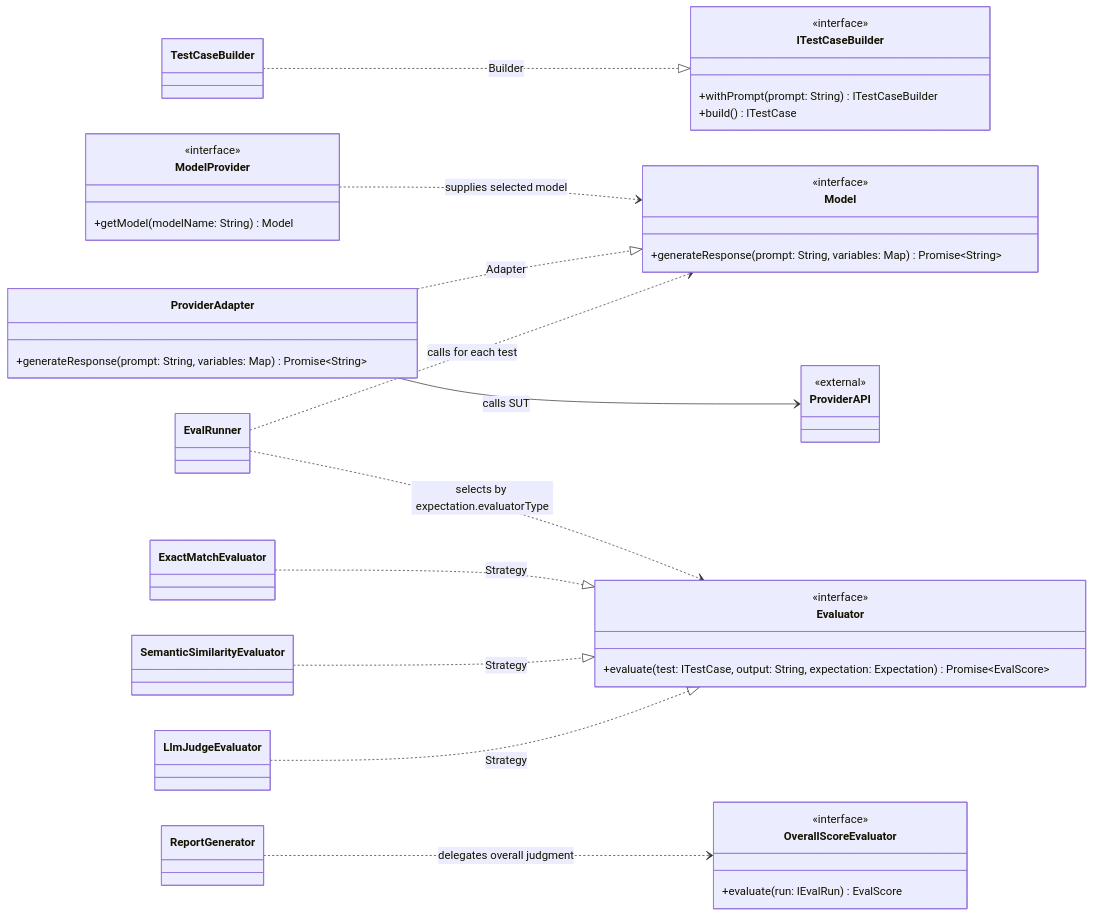
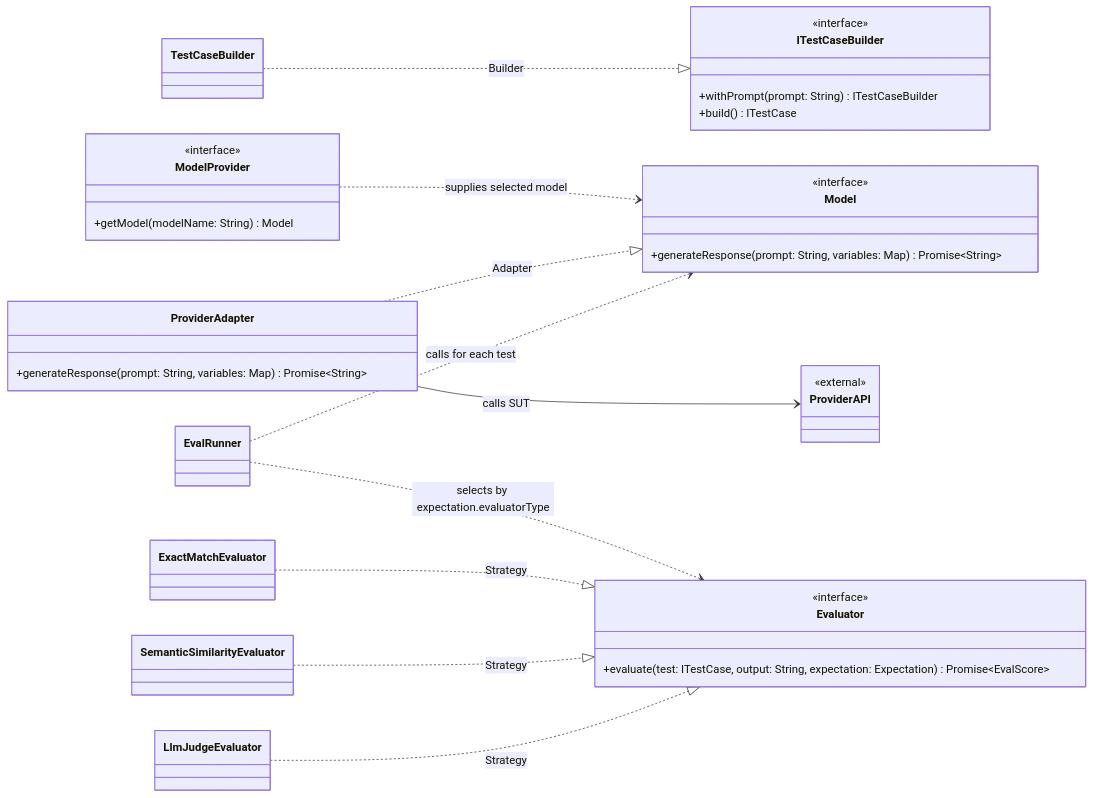
Before and after one commit to Alessia-05/smartest-ai-testbook: the fourth of 4 diagrams in doc/domain-design.md, drawn with Mermaid. The commit also changed other lines of this file and 7 other files, not shown here.

````diff
--- a/doc/domain-design.md
+++ b/doc/domain-design.md
@@ -268,51 +270,45 @@
 ```mermaid
 classDiagram
     direction LR
 
     class ITestCaseBuilder {
         <<interface>>
         +withPrompt(prompt: String) ITestCaseBuilder
         +build() ITestCase
     }
     class TestCaseBuilder
     TestCaseBuilder ..|> ITestCaseBuilder : Builder
 
     class ModelProvider {
         <<interface>>
         +getModel(modelName: String) Model
     }
     class Model {
         <<interface>>
         +generateResponse(prompt: String, variables: Map) Promise~String~
     }
     class ProviderAdapter {
         +generateResponse(prompt: String, variables: Map) Promise~String~
     }
     class ProviderAPI {
         <<external>>
     }
     ModelProvider ..> Model : supplies selected model
     ProviderAdapter ..|> Model : Adapter
     ProviderAdapter --> ProviderAPI : calls SUT
 
     class EvalRunner
     EvalRunner ..> Model : calls for each test
     class Evaluator {
         <<interface>>
         +evaluate(test: ITestCase, output: String, expectation: Expectation) Promise~EvalScore~
     }
     class ExactMatchEvaluator
     class SemanticSimilarityEvaluator
     class LlmJudgeEvaluator
     EvalRunner ..> Evaluator : selects by expectation.evaluatorType
     ExactMatchEvaluator ..|> Evaluator : Strategy
     SemanticSimilarityEvaluator ..|> Evaluator : Strategy
     LlmJudgeEvaluator ..|> Evaluator : Strategy
 
-    class OverallScoreEvaluator {
-        <<interface>>
-        +evaluate(run: IEvalRun) EvalScore
-    }
-    class ReportGenerator
-    ReportGenerator ..> OverallScoreEvaluator : delegates overall judgment
 ```
````
